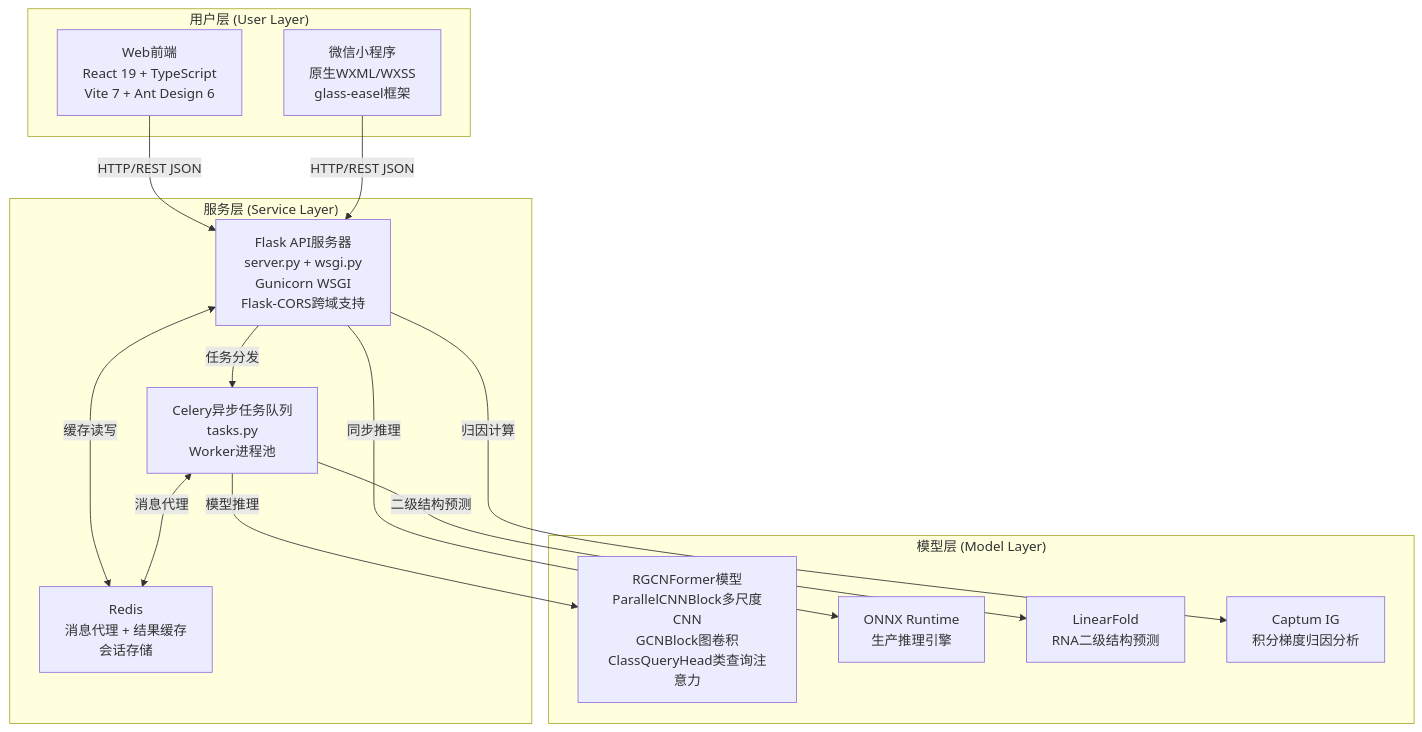
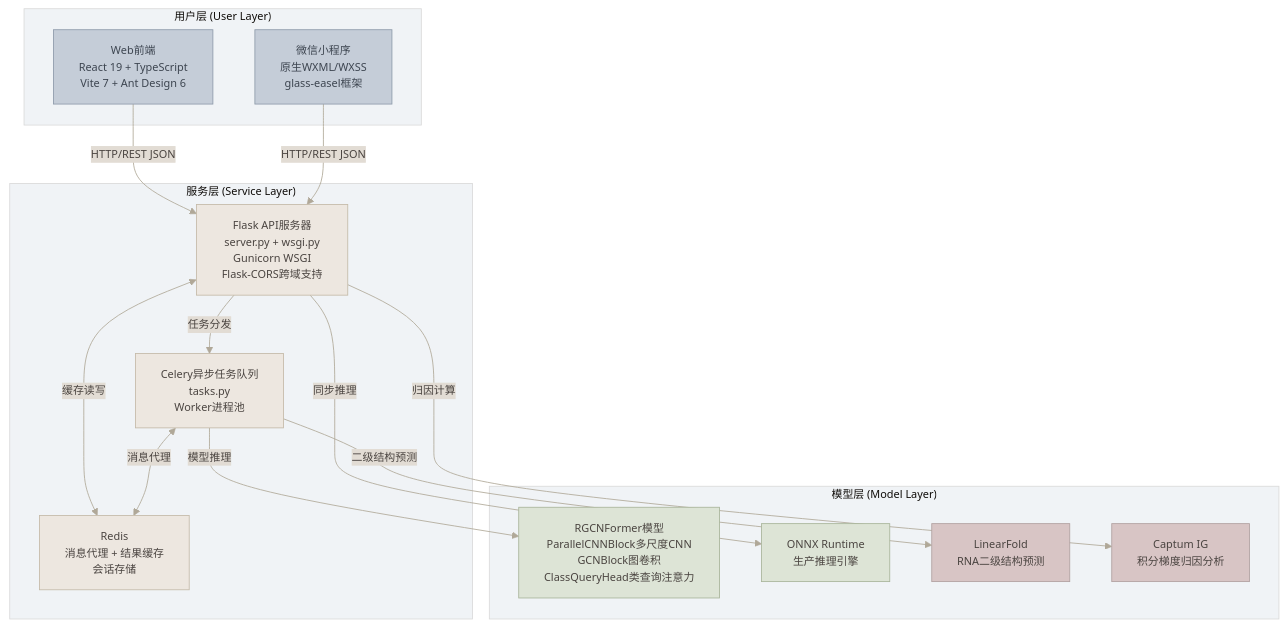
The second of 19 diagrams in md/RMA序列修饰检测可视化系统架构说明文档.md (fdiskdc/RGCNFormer_WebAndWx_backend), drawn with Mermaid before and after one commit. The commit also changed other lines of this file, not shown here.

````diff
--- a/md/RMA序列修饰检测可视化系统架构说明文档.md
+++ b/md/RMA序列修饰检测可视化系统架构说明文档.md
@@ -347,30 +262,36 @@
 ```mermaid
+%%{init: {'theme': 'base', 'themeVariables': {'primaryColor': '#EDE7E0', 'primaryTextColor': '#4A4440', 'primaryBorderColor': '#C4BAA8', 'lineColor': '#B0A898', 'secondaryColor': '#E2DCD4', 'background': '#F8F5F0', 'fontSize': '13px'}}}%%
 graph TB
+    classDef user fill:#C5CDD8,stroke:#8E9AAA,stroke-width:1px,color:#3D4550
+    classDef service fill:#EDE7E0,stroke:#C4BAA8,stroke-width:1px,color:#4A4440
+    classDef model fill:#DDE4D6,stroke:#A8B49A,stroke-width:1px,color:#4A4440
+    classDef tool fill:#D8C5C5,stroke:#B0A0A0,stroke-width:1px,color:#4A4440
+
     subgraph 用户层["用户层 (User Layer)"]
-        Web[Web前端<br/>React 19 + TypeScript<br/>Vite 7 + Ant Design 6]
-        WxApp[微信小程序<br/>原生WXML/WXSS<br/>glass-easel框架]
+        Web[Web前端<br/>React 19 + TypeScript<br/>Vite 7 + Ant Design 6]:::user
+        WxApp[微信小程序<br/>原生WXML/WXSS<br/>glass-easel框架]:::user
     end
 
     subgraph 服务层["服务层 (Service Layer)"]
-        Flask[Flask API服务器<br/>server.py + wsgi.py<br/>Gunicorn WSGI<br/>Flask-CORS跨域支持]
-        Celery[Celery异步任务队列<br/>tasks.py<br/>Worker进程池]
-        Redis[Redis<br/>消息代理 + 结果缓存<br/>会话存储]
+        Flask[Flask API服务器<br/>server.py + wsgi.py<br/>Gunicorn WSGI<br/>Flask-CORS跨域支持]:::service
+        Celery[Celery异步任务队列<br/>tasks.py<br/>Worker进程池]:::service
+        Redis[Redis<br/>消息代理 + 结果缓存<br/>会话存储]:::service
     end
 
     subgraph 模型层["模型层 (Model Layer)"]
-        RGCNFormer[RGCNFormer模型<br/>ParallelCNNBlock多尺度CNN<br/>GCNBlock图卷积<br/>ClassQueryHead类查询注意力]
-        ONNX[ONNX Runtime<br/>生产推理引擎]
-        LinearFold[LinearFold<br/>RNA二级结构预测]
-        Captum[Captum IG<br/>积分梯度归因分析]
+        RGCNFormer[RGCNFormer模型<br/>ParallelCNNBlock多尺度CNN<br/>GCNBlock图卷积<br/>ClassQueryHead类查询注意力]:::model
+        ONNX[ONNX Runtime<br/>生产推理引擎]:::model
+        LinearFold[LinearFold<br/>RNA二级结构预测]:::tool
+        Captum[Captum IG<br/>积分梯度归因分析]:::tool
     end
 
     Web -->|HTTP/REST JSON| Flask
     WxApp -->|HTTP/REST JSON| Flask
     Flask -->|任务分发| Celery
     Flask <-->|缓存读写| Redis
     Celery <-->|消息代理| Redis
     Celery -->|模型推理| RGCNFormer
     Flask -->|同步推理| ONNX
     Celery -->|二级结构预测| LinearFold
     Flask -->|归因计算| Captum
 ```
````
